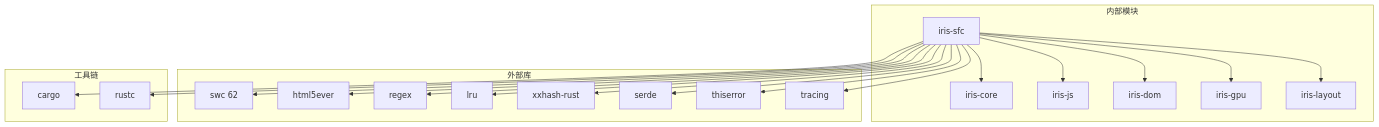
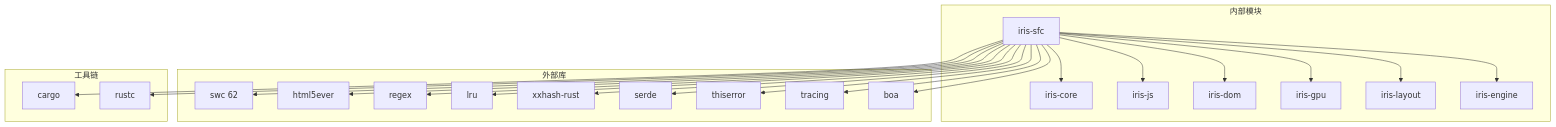
One commit to itszzl-sudo/iris changed diagram 16 of 17 in .qoder/repowiki/zh/content/技术架构详解/即时转译系统/SFC编译器初始化机制/Vue 3 Script Setup 支持.md. Above: the diagram before and after it, drawn with Mermaid. The commit also changed other lines of this file and 8 other files, not shown here.

````diff
--- a/.qoder/repowiki/zh/content/技术架构详解/即时转译系统/SFC编译器初始化机制/Vue 3 Script Setup 支持.md
+++ b/.qoder/repowiki/zh/content/技术架构详解/即时转译系统/SFC编译器初始化机制/Vue 3 Script Setup 支持.md
@@ -611,24 +824,26 @@
 ```mermaid
 graph TB
 subgraph "内部模块"
 A[iris-sfc] --> B[iris-core]
 A --> C[iris-js]
 A --> D[iris-dom]
 A --> E[iris-gpu]
 A --> F[iris-layout]
+A --> G[iris-engine]
 end
 subgraph "外部库"
-A --> G[swc 62]
-A --> H[html5ever]
-A --> I[regex]
-A --> J[lru]
-A --> K[xxhash-rust]
-A --> L[serde]
-A --> M[thiserror]
-A --> N[tracing]
+A --> H[swc 62]
+A --> I[html5ever]
+A --> J[regex]
+A --> K[lru]
+A --> L[xxhash-rust]
+A --> M[serde]
+A --> N[thiserror]
+A --> O[tracing]
+A --> P[boa]
 end
 subgraph "工具链"
-A --> O[cargo]
-A --> P[rustc]
+A --> Q[cargo]
+A --> R[rustc]
 end
 ```
````
